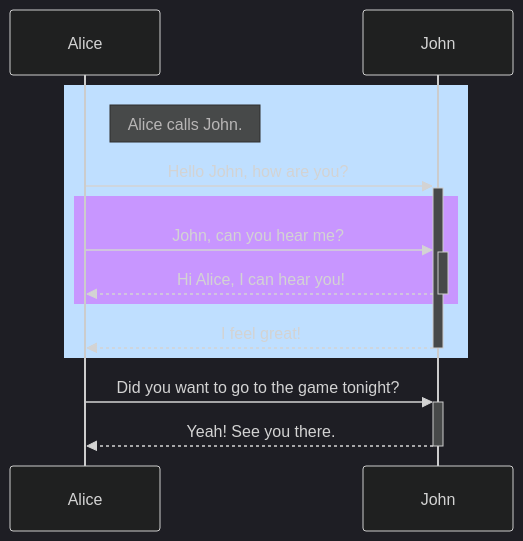
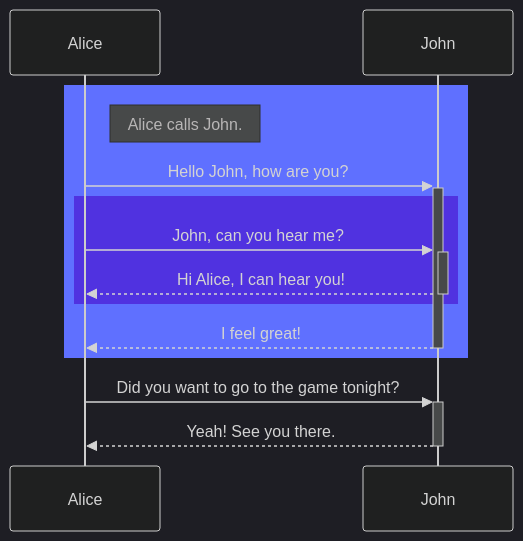
One commit to take8/hackmd-link-sample changed the diagram in docs/sequence/sample.md. Above: the diagram before and after it, drawn with Mermaid.

Commit message:
before pull from sequence-sample

````diff
--- a/docs/sequence/sample.md
+++ b/docs/sequence/sample.md
@@ -5,18 +5,18 @@
 ```mermaid
 %%{init:{'theme':'dark'}}%%
 sequenceDiagram
     participant Alice
     participant John
 
-    rect rgb(191, 223, 255)
+    rect rgb(95, 112, 255)
     note right of Alice: Alice calls John.
     Alice->>+John: Hello John, how are you?
-    rect rgb(200, 150, 255)
+    rect rgb(80, 50, 224)
     Alice->>+John: John, can you hear me?
     John-->>-Alice: Hi Alice, I can hear you!
     end
     John-->>-Alice: I feel great!
     end
     Alice ->>+ John: Did you want to go to the game tonight?
     John -->>- Alice: Yeah! See you there.
 ```
````
